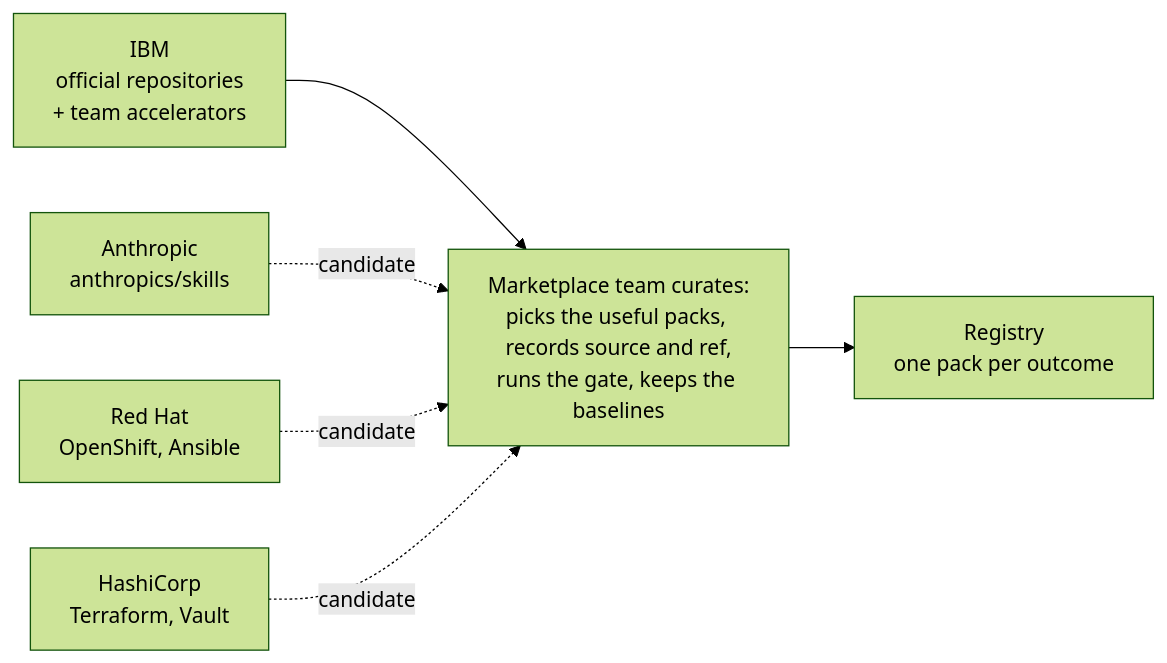
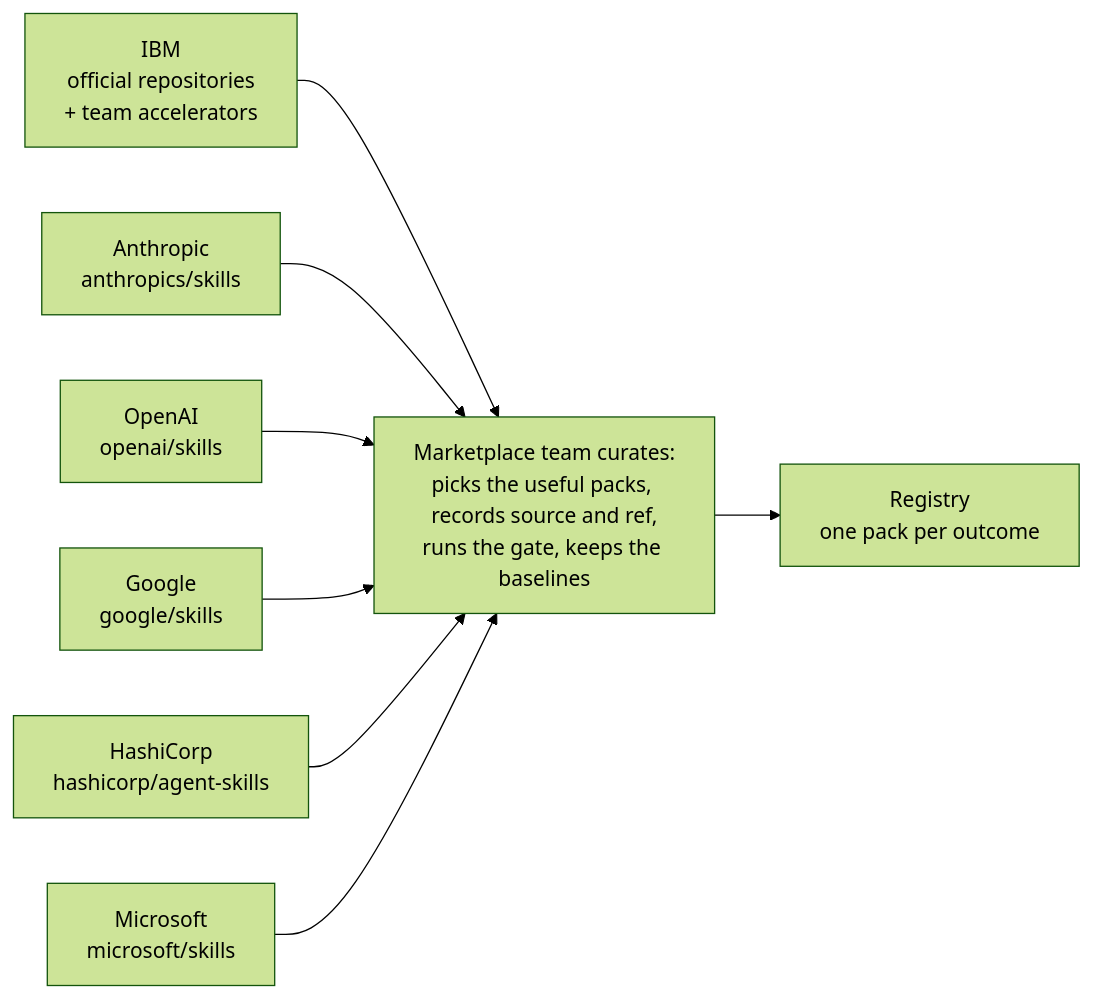
The third of 4 diagrams in README.md (AlexandraIourenkova/bob-skills-marketplace), drawn with Mermaid (forest theme) before and after one commit. The commit also changed other lines of this file and 87 other files, not shown here.

First line of the commit message:
Vendors with packs only: Microsoft pack added, Vercel and Red Hat removed

````diff
--- a/README.md
+++ b/README.md
@@ -66,8 +66,10 @@
 ```mermaid
 flowchart LR
     ibm["IBM<br/>official repositories<br/>+ team accelerators"] --> cur
-    anth["Anthropic<br/>anthropics/skills"] -. candidate .-> cur
-    rh["Red Hat<br/>OpenShift, Ansible"] -. candidate .-> cur
-    hc["HashiCorp<br/>Terraform, Vault"] -. candidate .-> cur
+    anth["Anthropic<br/>anthropics/skills"] --> cur
+    oai["OpenAI<br/>openai/skills"] --> cur
+    goog["Google<br/>google/skills"] --> cur
+    hc["HashiCorp<br/>hashicorp/agent-skills"] --> cur
+    ms["Microsoft<br/>microsoft/skills"] --> cur
     cur["Marketplace team curates:<br/>picks the useful packs, records source and ref,<br/>runs the gate, keeps the baselines"] --> reg["Registry<br/>one pack per outcome"]
 ```
````
